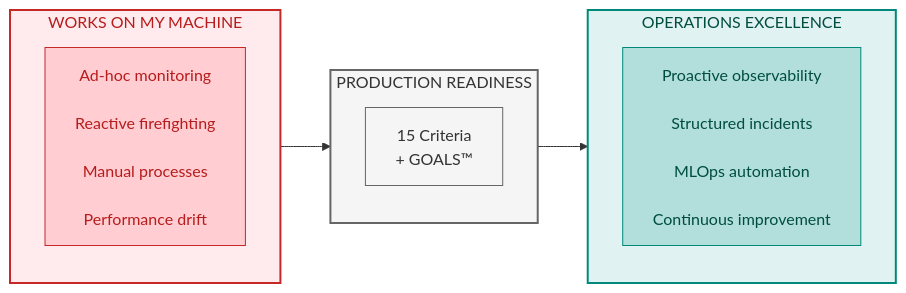
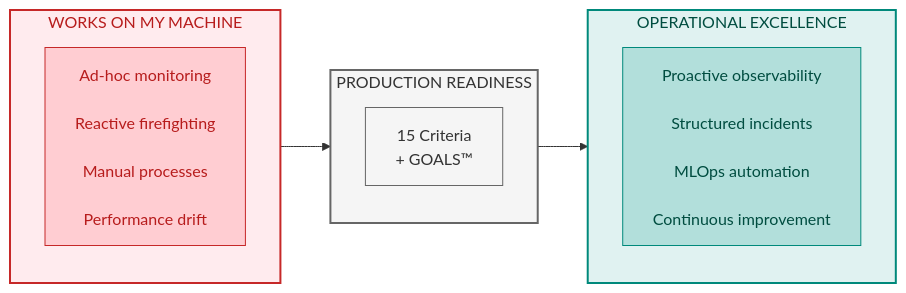
Before and after one commit to colaberry/trust-before-intelligence-book: the first of 6 diagrams in manuscript/13_chapter_12_running_agents_at_scale_v1_2.md, drawn with Mermaid. The commit also changed other lines of this file and 3 other files, not shown here.

````diff
--- a/manuscript/13_chapter_12_running_agents_at_scale_v1_2.md
+++ b/manuscript/13_chapter_12_running_agents_at_scale_v1_2.md
@@ -9,28 +9,28 @@
 ```mermaid
 
 graph LR
     subgraph BEFORE["WORKS ON MY MACHINE"]
         direction TB
         B1["Ad-hoc monitoring<br/><br/>Reactive firefighting<br/><br/>Manual processes<br/><br/>Performance drift"]
     end
     
     subgraph TRANSFORM["PRODUCTION READINESS"]
         direction TB
         T1["15 Criteria<br/>+ GOALS™"]
     end
     
-    subgraph AFTER["OPERATIONS EXCELLENCE"]
+    subgraph AFTER["OPERATIONAL EXCELLENCE"]
         direction TB
         A1["Proactive observability<br/><br/>Structured incidents<br/><br/>MLOps automation<br/><br/>Continuous improvement"]
     end
     
     BEFORE --> TRANSFORM --> AFTER
     
     style BEFORE fill:#ffebee,stroke:#c62828,stroke-width:2px,color:#b71c1c
     style TRANSFORM fill:#f5f5f5,stroke:#666666,stroke-width:2px,color:#333333
     style AFTER fill:#e0f2f1,stroke:#00897b,stroke-width:2px,color:#004d40
     style B1 fill:#ffcdd2,stroke:#c62828,color:#b71c1c
     style T1 fill:#f5f5f5,stroke:#666666,color:#333333
     style A1 fill:#b2dfdb,stroke:#00897b,color:#004d40
 
 ```
````
